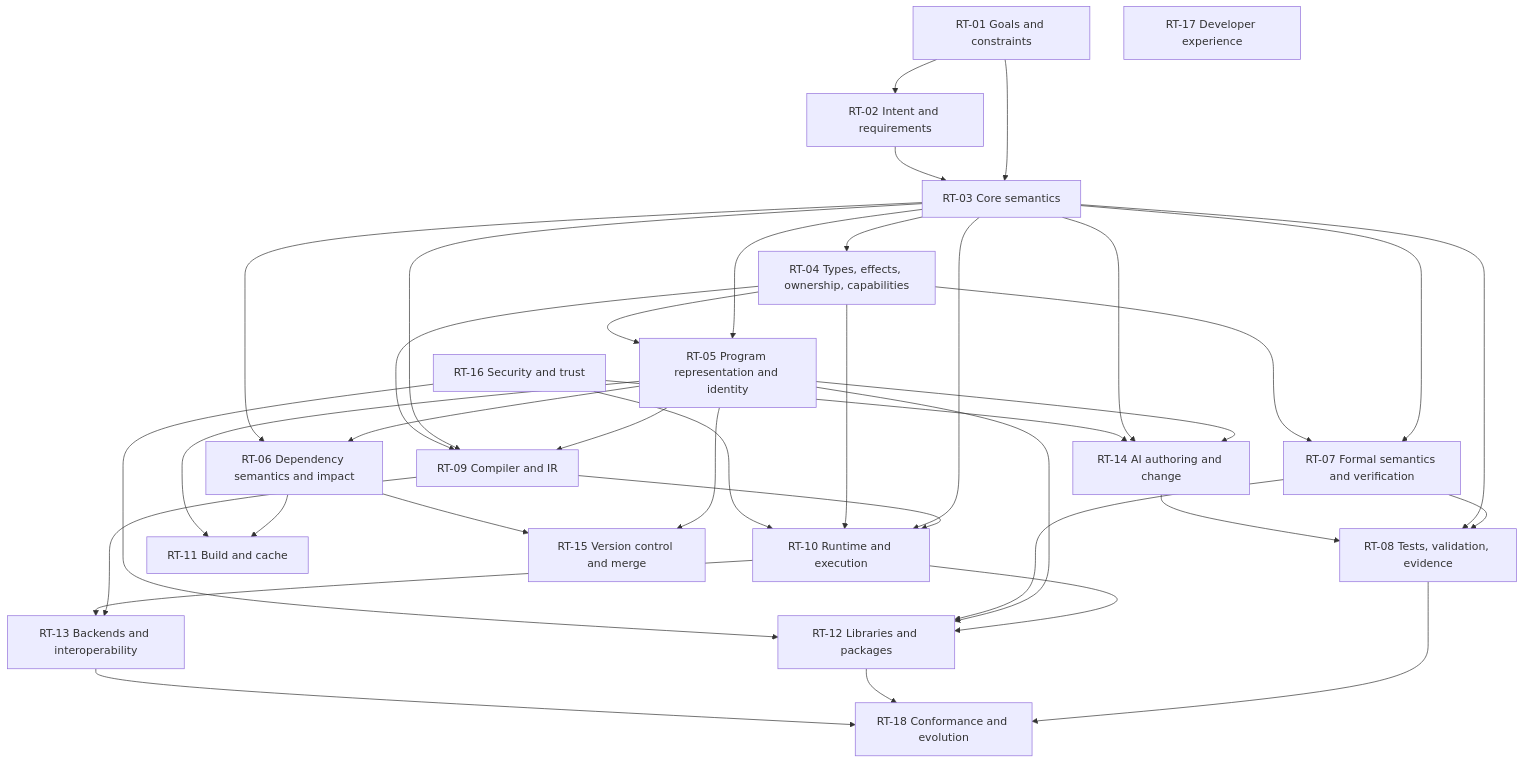
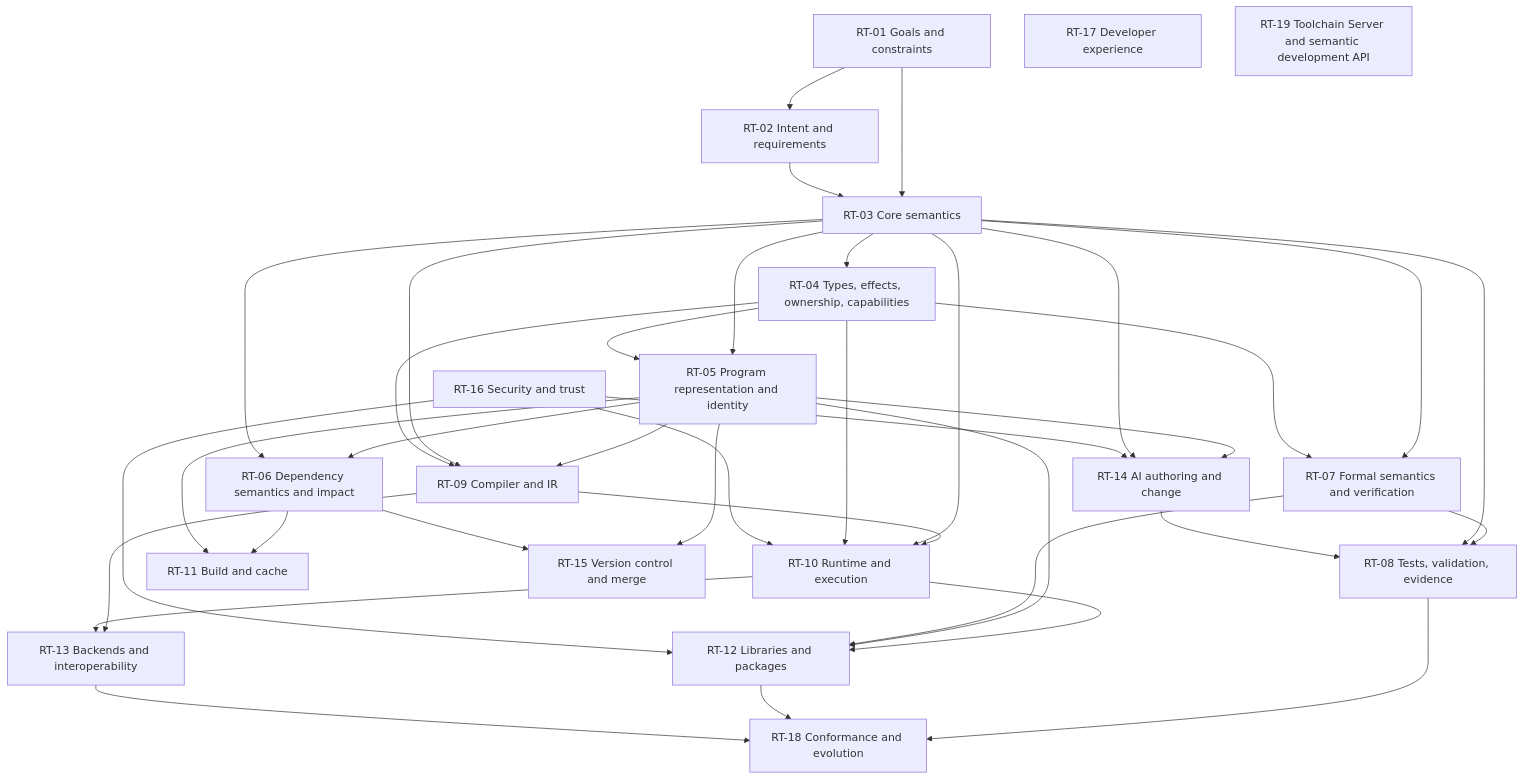
The diagram in research/RESEARCH-DEPENDENCY-MAP.md (aivibeflow/LLMLang), drawn with Mermaid before and after one commit. The commit also changed other lines of this file, not shown here.

Commit message:
research: map RT-19 toolchain dependencies

```diff
--- a/research/RESEARCH-DEPENDENCY-MAP.md
+++ b/research/RESEARCH-DEPENDENCY-MAP.md
@@ -31,58 +31,59 @@
 ~~~mermaid
 flowchart TD
   G[RT-01 Goals and constraints]
   I[RT-02 Intent and requirements]
   S[RT-03 Core semantics]
   T[RT-04 Types, effects, ownership, capabilities]
   P[RT-05 Program representation and identity]
   D[RT-06 Dependency semantics and impact]
   F[RT-07 Formal semantics and verification]
   E[RT-08 Tests, validation, evidence]
   C[RT-09 Compiler and IR]
   R[RT-10 Runtime and execution]
   B[RT-11 Build and cache]
   L[RT-12 Libraries and packages]
   X[RT-13 Backends and interoperability]
   A[RT-14 AI authoring and change]
   V[RT-15 Version control and merge]
   Q[RT-16 Security and trust]
   UX[RT-17 Developer experience]
   EV[RT-18 Conformance and evolution]
+  TS[RT-19 Toolchain Server and semantic development API]
 
   G --> I
   G --> S
   I --> S
   S --> T
   S --> P
   T --> P
   S --> F
   T --> F
   P --> D
   S --> D
   D --> B
   P --> B
   F --> E
   S --> E
   P --> C
   S --> C
   T --> C
   C --> R
   S --> R
   T --> R
   R --> L
   P --> L
   F --> L
   C --> X
   R --> X
   P --> V
   D --> V
   A --> E
   P --> A
   S --> A
   Q --> A
   Q --> R
   Q --> L
   E --> EV
   L --> EV
   X --> EV
 ~~~
```
